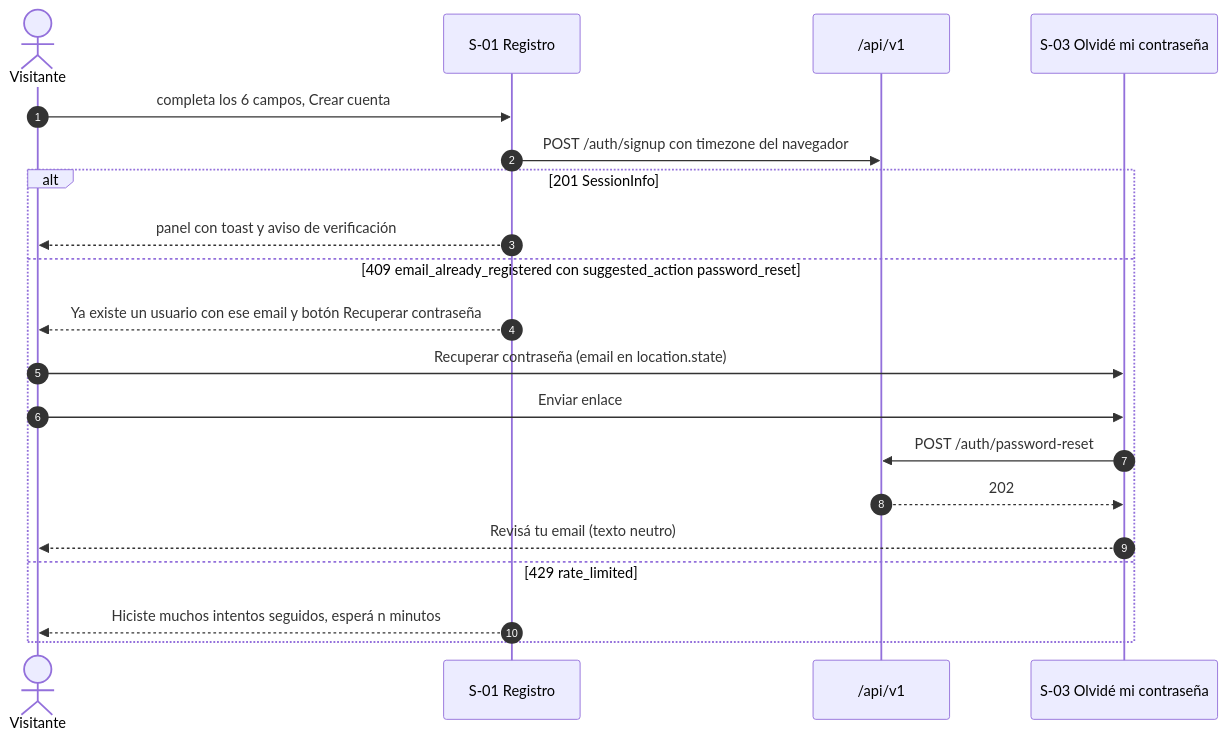
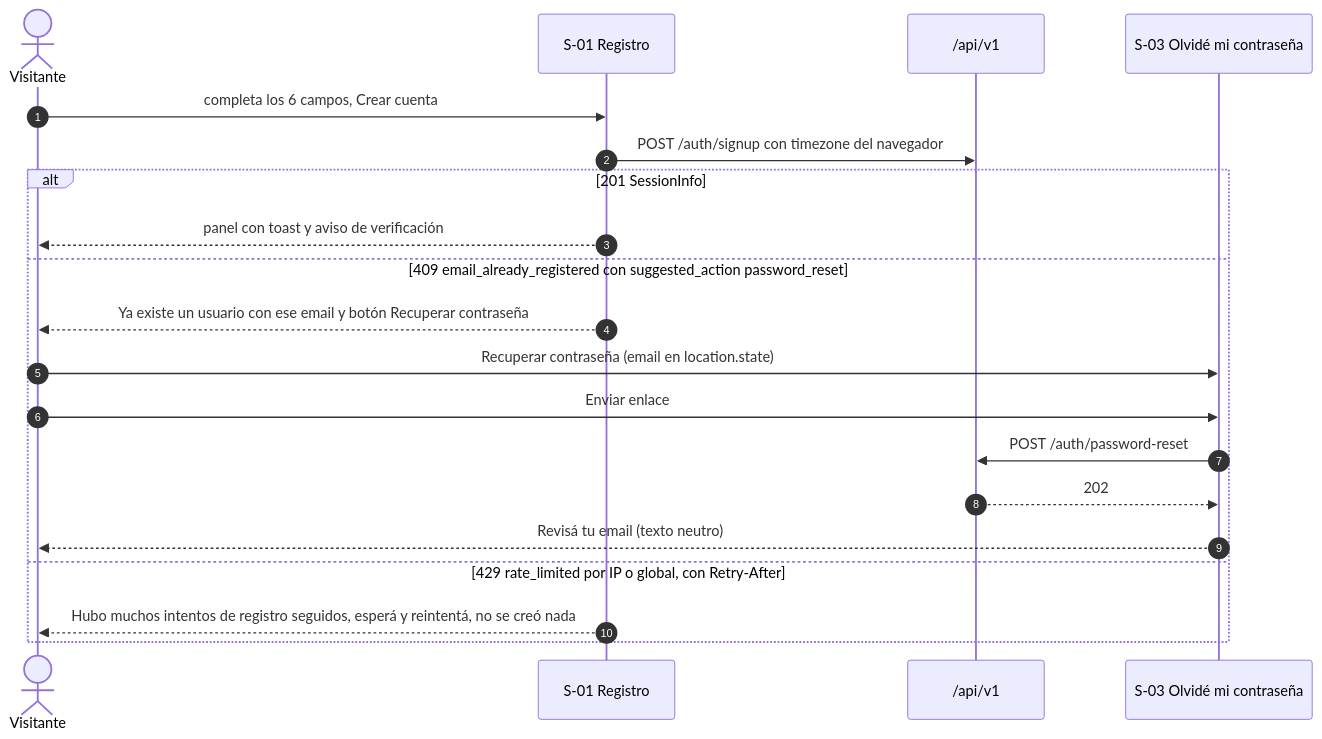
One commit to fdelillo/crm changed the seventh of 9 diagrams in specs/001-empresas-usuarios/ui.md. Above: the diagram before and after it, drawn with Mermaid. The commit also changed other lines of this file and 2 other files, not shown here.

````diff
--- a/specs/001-empresas-usuarios/ui.md
+++ b/specs/001-empresas-usuarios/ui.md
@@ -1427,23 +1522,23 @@
 ```mermaid
 sequenceDiagram
     autonumber
     actor V as Visitante
     participant S as S-01 Registro
     participant API as /api/v1
     participant F as S-03 Olvidé mi contraseña
 
     V->>S: completa los 6 campos, Crear cuenta
     S->>API: POST /auth/signup con timezone del navegador
     alt 201 SessionInfo
         S-->>V: panel con toast y aviso de verificación
     else 409 email_already_registered con suggested_action password_reset
         S-->>V: Ya existe un usuario con ese email y botón Recuperar contraseña
         V->>F: Recuperar contraseña (email en location.state)
         V->>F: Enviar enlace
         F->>API: POST /auth/password-reset
         API-->>F: 202
         F-->>V: Revisá tu email (texto neutro)
-    else 429 rate_limited
-        S-->>V: Hiciste muchos intentos seguidos, esperá n minutos
+    else 429 rate_limited por IP o global, con Retry-After
+        S-->>V: Hubo muchos intentos de registro seguidos, esperá y reintentá, no se creó nada
     end
 ```
````
